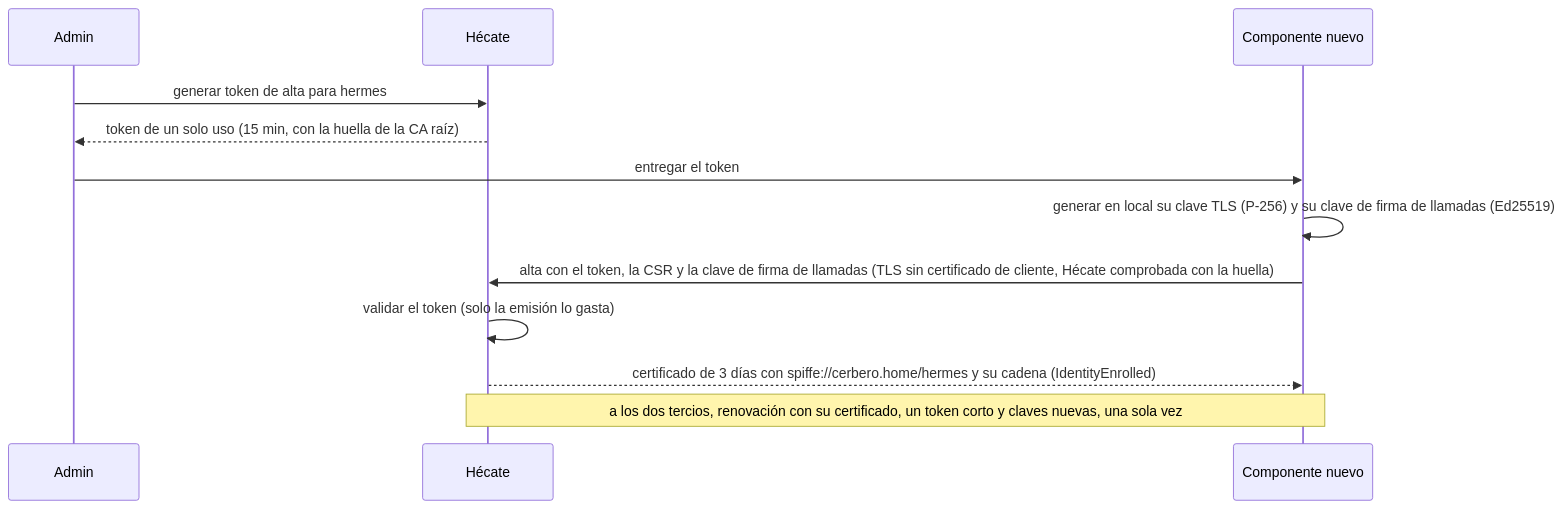
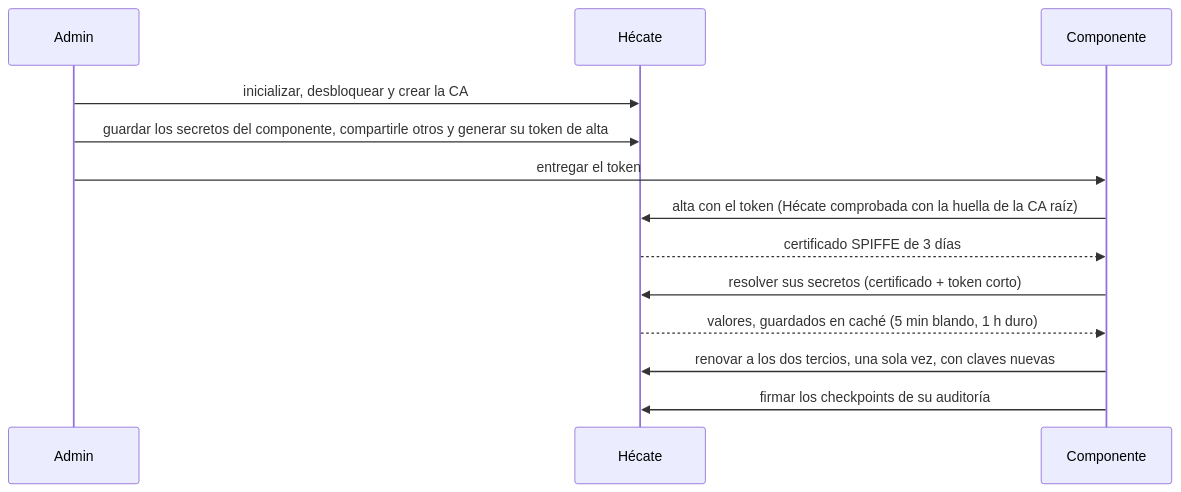
The second of 2 diagrams in docs/hecate.md (xandro30/Cerbero), drawn with Mermaid before and after one commit. The commit also changed other lines of this file and 23 other files, not shown here.

````diff
--- a/docs/hecate.md
+++ b/docs/hecate.md
@@ -197,14 +66,15 @@
 ```mermaid
 sequenceDiagram
-    participant O as Admin
+    participant A as Admin
     participant K as Hécate
-    participant C as Componente nuevo
-    O->>K: generar token de alta para hermes
-    K-->>O: token de un solo uso (15 min, con la huella de la CA raíz)
-    O->>C: entregar el token
-    C->>C: generar en local su clave TLS (P-256) y su clave de firma de llamadas (Ed25519)
-    C->>K: alta con el token, la CSR y la clave de firma de llamadas (TLS sin certificado de cliente, Hécate comprobada con la huella)
-    K->>K: validar el token (solo la emisión lo gasta)
-    K-->>C: certificado de 3 días con spiffe://cerbero.home/hermes y su cadena (IdentityEnrolled)
-    Note over C,K: a los dos tercios, renovación con su certificado, un token corto y claves nuevas, una sola vez
+    participant C as Componente
+    A->>K: inicializar, desbloquear y crear la CA
+    A->>K: guardar los secretos del componente, compartirle otros y generar su token de alta
+    A->>C: entregar el token
+    C->>K: alta con el token (Hécate comprobada con la huella de la CA raíz)
+    K-->>C: certificado SPIFFE de 3 días
+    C->>K: resolver sus secretos (certificado + token corto)
+    K-->>C: valores, guardados en caché (5 min blando, 1 h duro)
+    C->>K: renovar a los dos tercios, una sola vez, con claves nuevas
+    C->>K: firmar los checkpoints de su auditoría
 ```
````
